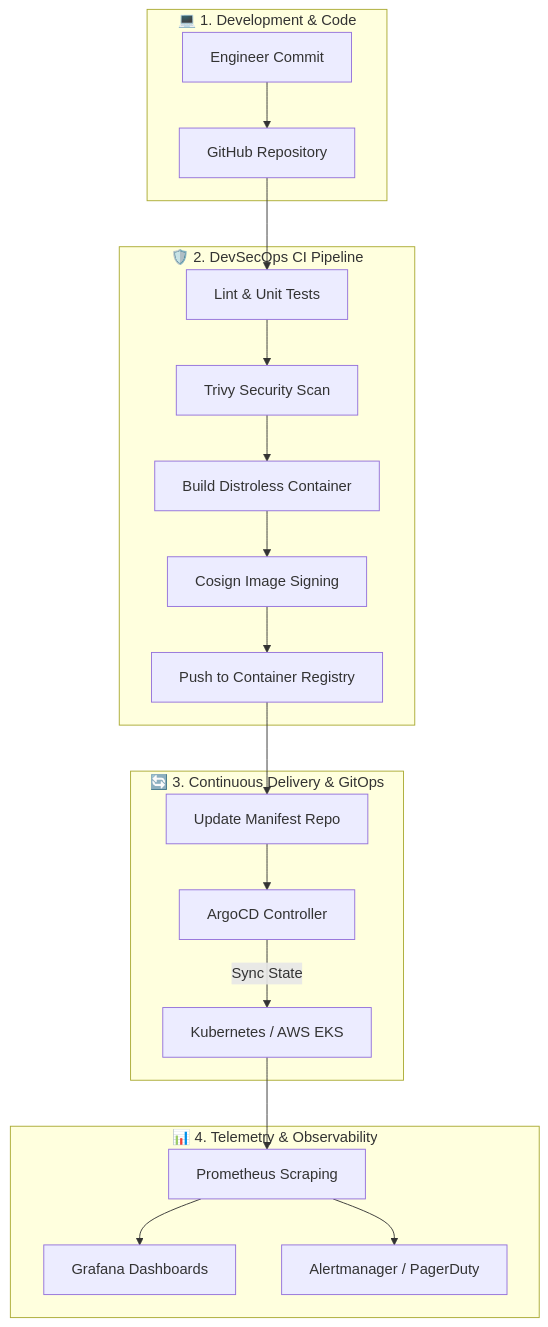
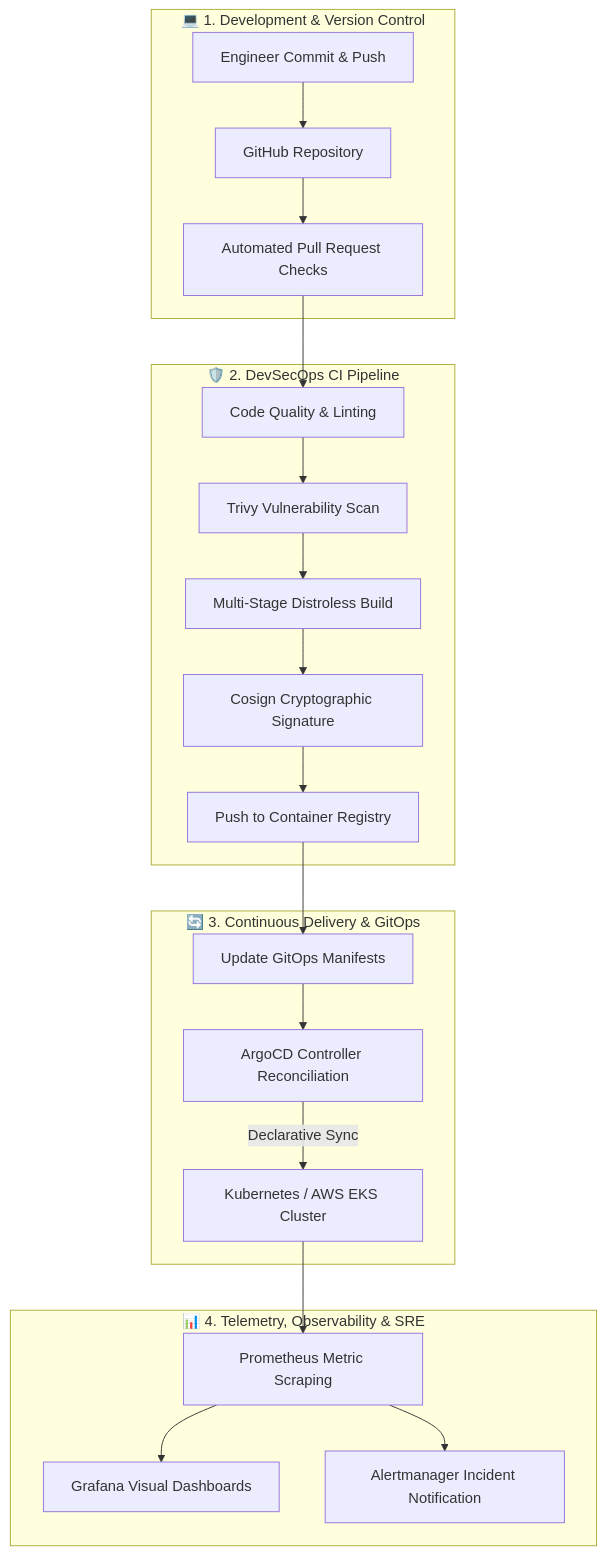
The diagram in README.md (sohamtaralkar1901/sohamtaralkar1901), drawn with Mermaid before and after one commit. The commit also changed other lines of this file, not shown here.

````diff
--- a/README.md
+++ b/README.md
@@ -207,26 +96,27 @@
 ```mermaid
 flowchart TD
-    subgraph Development ["💻 1. Development & Code"]
-        Dev[Engineer Commit] --> GitRepo[GitHub Repository]
+    subgraph Development ["💻 1. Development & Version Control"]
+        Dev[Engineer Commit & Push] --> GitRepo[GitHub Repository]
+        GitRepo --> PR[Automated Pull Request Checks]
     end
 
     subgraph CI_Pipeline ["🛡️ 2. DevSecOps CI Pipeline"]
-        GitRepo --> Lint[Lint & Unit Tests]
-        Lint --> Trivy[Trivy Security Scan]
-        Trivy --> BuildDocker[Build Distroless Container]
-        BuildDocker --> SignCosign[Cosign Image Signing]
+        PR --> Lint[Code Quality & Linting]
+        Lint --> Trivy[Trivy Vulnerability Scan]
+        Trivy --> BuildDocker[Multi-Stage Distroless Build]
+        BuildDocker --> SignCosign[Cosign Cryptographic Signature]
         SignCosign --> PushRegistry[Push to Container Registry]
     end
 
     subgraph CD_GitOps ["🔄 3. Continuous Delivery & GitOps"]
-        PushRegistry --> UpdateManifest[Update Manifest Repo]
-        UpdateManifest --> ArgoCD[ArgoCD Controller]
-        ArgoCD -->|Sync State| K8sCluster[Kubernetes / AWS EKS]
+        PushRegistry --> UpdateManifest[Update GitOps Manifests]
+        UpdateManifest --> ArgoCD[ArgoCD Controller Reconciliation]
+        ArgoCD -->|Declarative Sync| K8sCluster[Kubernetes / AWS EKS Cluster]
     end
 
-    subgraph Observability ["📊 4. Telemetry & Observability"]
-        K8sCluster --> Prom[Prometheus Scraping]
-        Prom --> Graf[Grafana Dashboards]
-        Prom --> Alert[Alertmanager / PagerDuty]
+    subgraph Observability ["📊 4. Telemetry, Observability & SRE"]
+        K8sCluster --> Prom[Prometheus Metric Scraping]
+        Prom --> Graf[Grafana Visual Dashboards]
+        Prom --> Alert[Alertmanager Incident Notification]
     end
 ```
````
